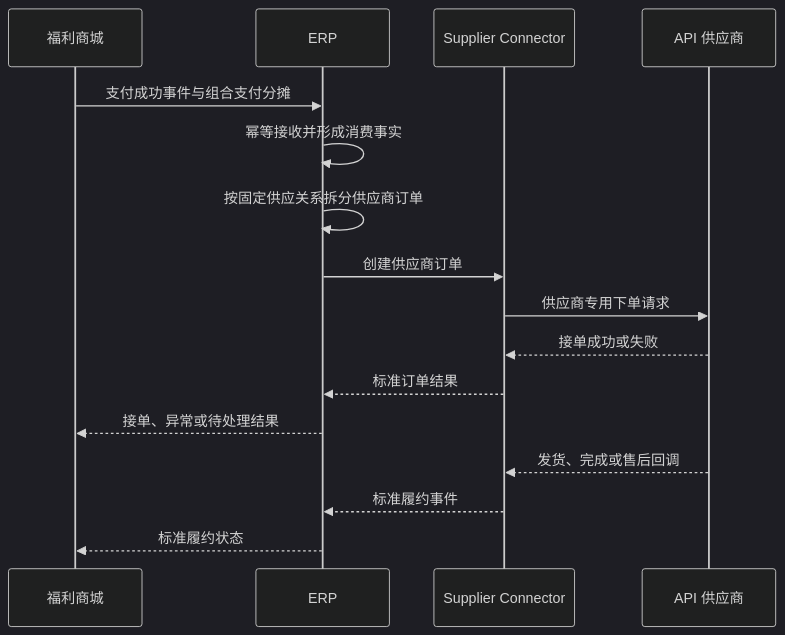
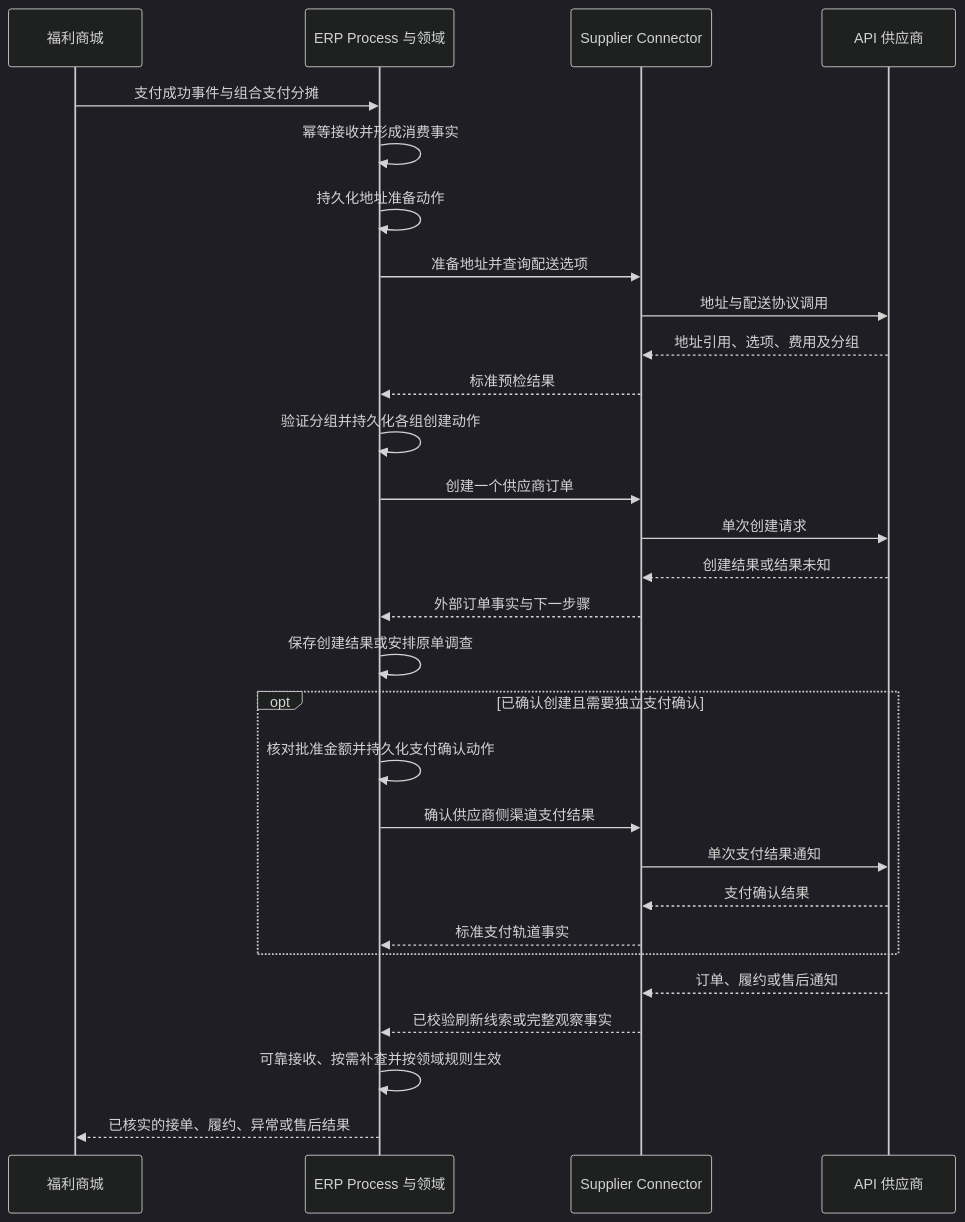
Before and after one commit to mztlive/erp: the fifth of 5 diagrams in docs/erp-phase-2.md, drawn with Mermaid (dark theme). The commit also changed other lines of this file and 11 other files, not shown here.

````diff
--- a/docs/erp-phase-2.md
+++ b/docs/erp-phase-2.md
@@ -780,19 +834,32 @@
 ```mermaid
 sequenceDiagram
   participant Mall as 福利商城
-  participant ERP as ERP
+  participant ERP as ERP Process 与领域
   participant Connector as Supplier Connector
   participant Supplier as API 供应商
 
   Mall->>ERP: 支付成功事件与组合支付分摊
   ERP->>ERP: 幂等接收并形成消费事实
-  ERP->>ERP: 按固定供应关系拆分供应商订单
-  ERP->>Connector: 创建供应商订单
-  Connector->>Supplier: 供应商专用下单请求
-  Supplier-->>Connector: 接单成功或失败
-  Connector-->>ERP: 标准订单结果
-  ERP-->>Mall: 接单、异常或待处理结果
-  Supplier-->>Connector: 发货、完成或售后回调
-  Connector-->>ERP: 标准履约事件
-  ERP-->>Mall: 标准履约状态
+  ERP->>ERP: 持久化地址准备动作
+  ERP->>Connector: 准备地址并查询配送选项
+  Connector->>Supplier: 地址与配送协议调用
+  Supplier-->>Connector: 地址引用、选项、费用及分组
+  Connector-->>ERP: 标准预检结果
+  ERP->>ERP: 验证分组并持久化各组创建动作
+  ERP->>Connector: 创建一个供应商订单
+  Connector->>Supplier: 单次创建请求
+  Supplier-->>Connector: 创建结果或结果未知
+  Connector-->>ERP: 外部订单事实与下一步骤
+  ERP->>ERP: 保存创建结果或安排原单调查
+  opt 已确认创建且需要独立支付确认
+    ERP->>ERP: 核对批准金额并持久化支付确认动作
+    ERP->>Connector: 确认供应商侧渠道支付结果
+    Connector->>Supplier: 单次支付结果通知
+    Supplier-->>Connector: 支付确认结果
+    Connector-->>ERP: 标准支付轨道事实
+  end
+  Supplier-->>Connector: 订单、履约或售后通知
+  Connector-->>ERP: 已校验刷新线索或完整观察事实
+  ERP->>ERP: 可靠接收、按需补查并按领域规则生效
+  ERP-->>Mall: 已核实的接单、履约、异常或售后结果
 ```
````
